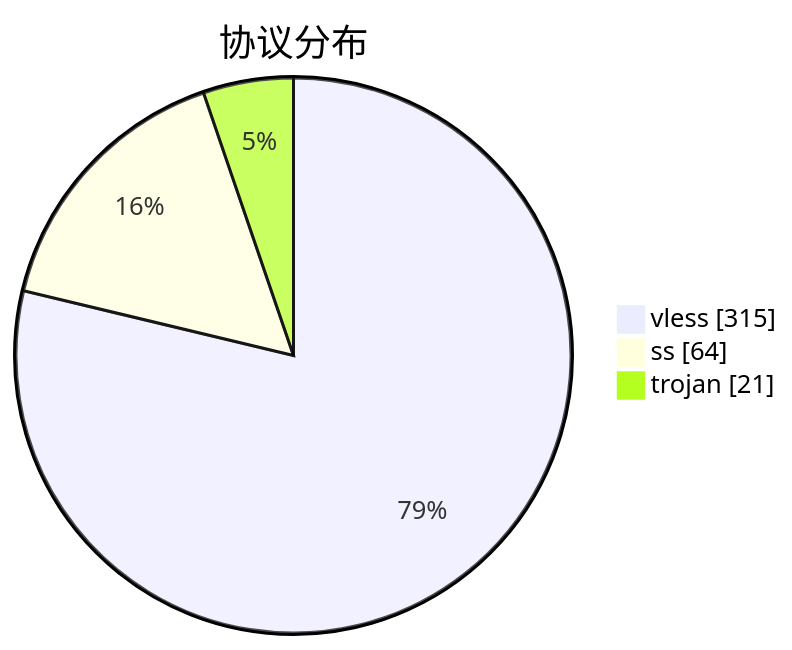
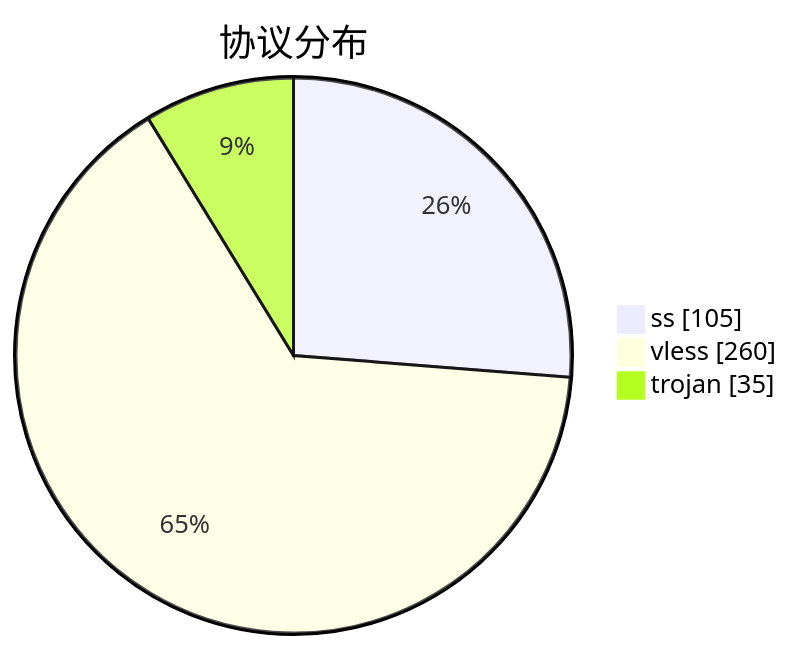
The third of 3 diagrams in subs/statistics/tested_within.md (qjlxg/airport), drawn with Mermaid before and after one commit. The commit also changed other lines of this file and 2 other files, not shown here.

````diff
--- a/subs/statistics/tested_within.md
+++ b/subs/statistics/tested_within.md
@@ -20,7 +19,7 @@
 ```mermaid
 pie showData
 title 协议分布
-"vless" : 315
-"ss" : 64
-"trojan" : 21
+"ss" : 105
+"vless" : 260
+"trojan" : 35
 ```
````
